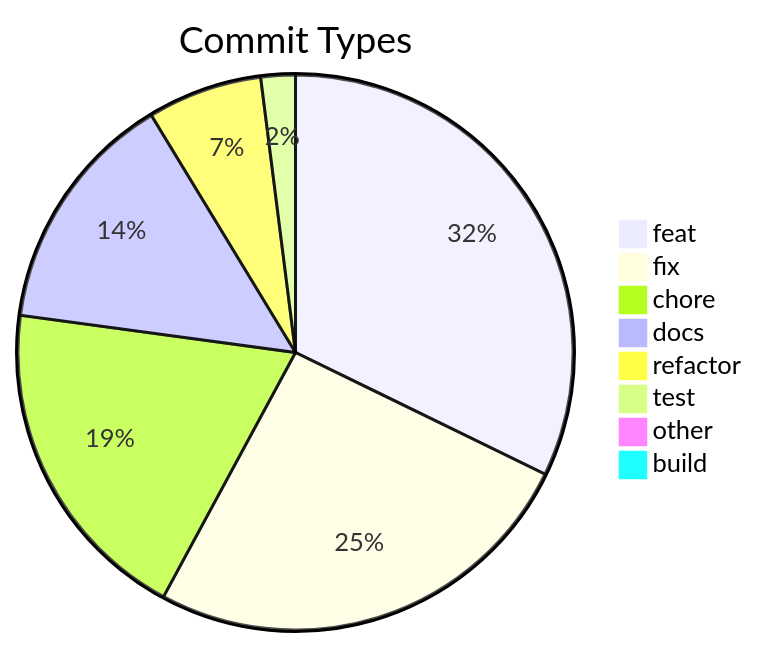
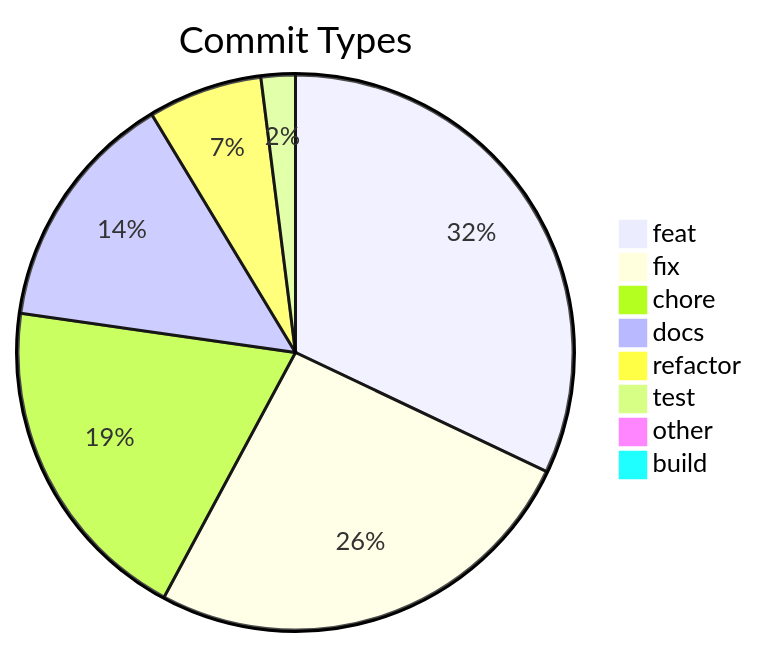
The diagram in .shipwright/compliance/change-history.md (svenroth-ai/shipwright), drawn with Mermaid before and after one commit. The commit also changed other lines of this file and 10 other files, not shown here.

````diff
--- a/.shipwright/compliance/change-history.md
+++ b/.shipwright/compliance/change-history.md
@@ -8,11 +8,11 @@
 ```mermaid
 pie title Commit Types
     "feat" : 241
-    "fix" : 192
-    "chore" : 144
+    "fix" : 194
+    "chore" : 146
     "docs" : 106
     "refactor" : 50
     "test" : 15
     "other" : 7
     "build" : 1
 ```
````
